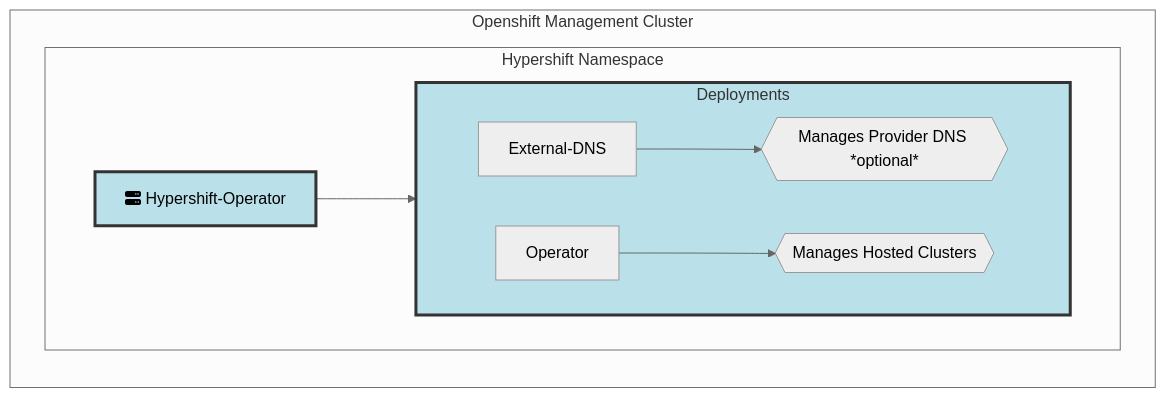
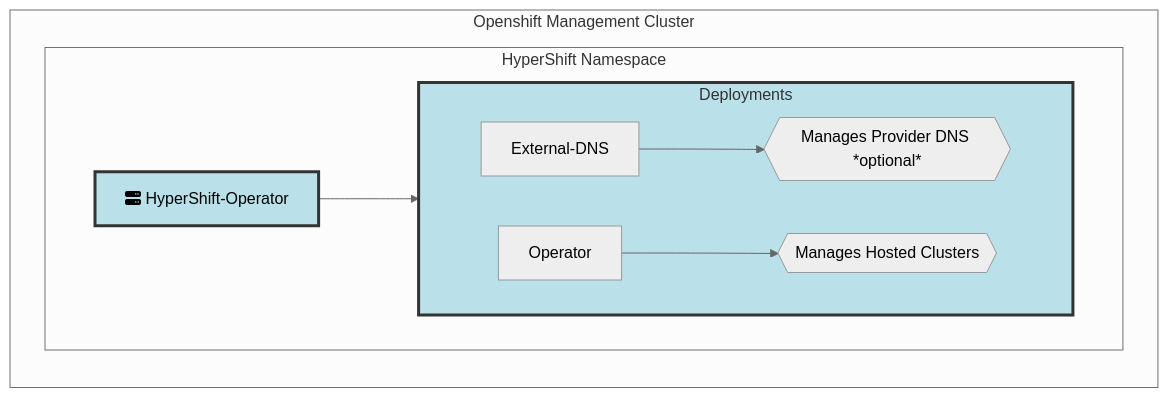
Before and after one commit to openshift/hypershift: the first of 6 diagrams in docs/content/how-to/aws/index.md, drawn with Mermaid (neutral theme). The commit also changed other lines of this file, not shown here.

````diff
--- a/docs/content/how-to/aws/index.md
+++ b/docs/content/how-to/aws/index.md
@@ -536,16 +536,16 @@
 ```mermaid
 flowchart LR
     style HO fill:#BAE0E9,stroke:#333,stroke-width:3px
     style HNDEP fill:#BAE0E9,stroke:#333,stroke-width:3px
 
     subgraph "Openshift Management Cluster"
-        subgraph HN[Hypershift Namespace]
-        HO[fa:fa-server  Hypershift-Operator] --> HNDEP[Deployments];
+        subgraph HN[HyperShift Namespace]
+        HO[fa:fa-server  HyperShift-Operator] --> HNDEP[Deployments];
             subgraph HNDEP[Deployments]
             direction LR
                 External-DNS --> descExD{{Manages Provider DNS *optional* }};
                 Operator --> descOp{{Manages Hosted Clusters}};
             end
         end
     end
 ```
````
